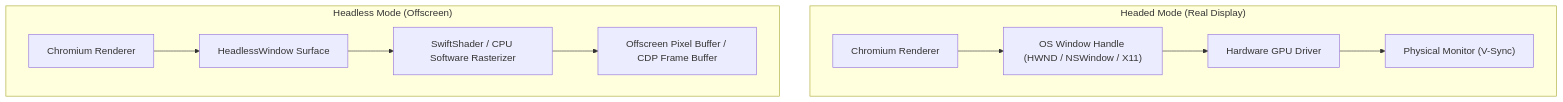
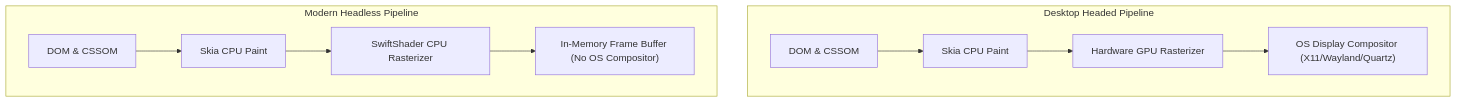
The second of 3 diagrams in _posts/2026-10-11-headless-chrome-vs-headed-chrome.md (naimurhasan/naimurhasan.github.io), drawn with Mermaid before and after one commit. The commit also changed other lines of this file and 23 other files, not shown here.

````diff
--- a/_posts/2026-10-11-headless-chrome-vs-headed-chrome.md
+++ b/_posts/2026-10-11-headless-chrome-vs-headed-chrome.md
@@ -137,14 +59,10 @@
 ```mermaid
 flowchart TD
-  subgraph Headed ["Headed Mode (Real Display)"]
-    A1["Chromium Renderer"] --> B1["OS Window Handle (HWND / NSWindow / X11)"]
-    B1 --> C1["Hardware GPU Driver"]
-    C1 --> D1["Physical Monitor (V-Sync)"]
+  subgraph Headed ["Desktop Headed Pipeline"]
+    H1["DOM & CSSOM"] --> H2["Skia CPU Paint"] --> H3["Hardware GPU Rasterizer"] --> H4["OS Display Compositor (X11/Wayland/Quartz)"]
   end
 
-  subgraph Headless ["Headless Mode (Offscreen)"]
-    A2["Chromium Renderer"] --> B2["HeadlessWindow Surface"]
-    B2 --> C2["SwiftShader / CPU Software Rasterizer"]
-    C2 --> D2["Offscreen Pixel Buffer / CDP Frame Buffer"]
+  subgraph Headless ["Modern Headless Pipeline"]
+    L1["DOM & CSSOM"] --> L2["Skia CPU Paint"] --> L3["SwiftShader CPU Rasterizer"] --> L4["In-Memory Frame Buffer (No OS Compositor)"]
   end
 ```
````
